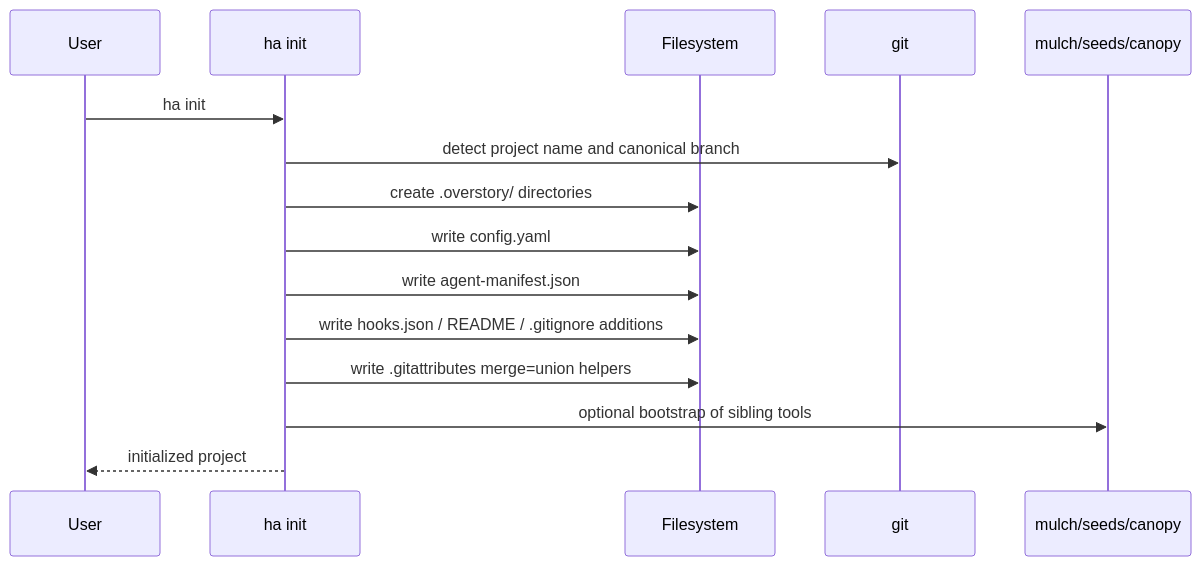
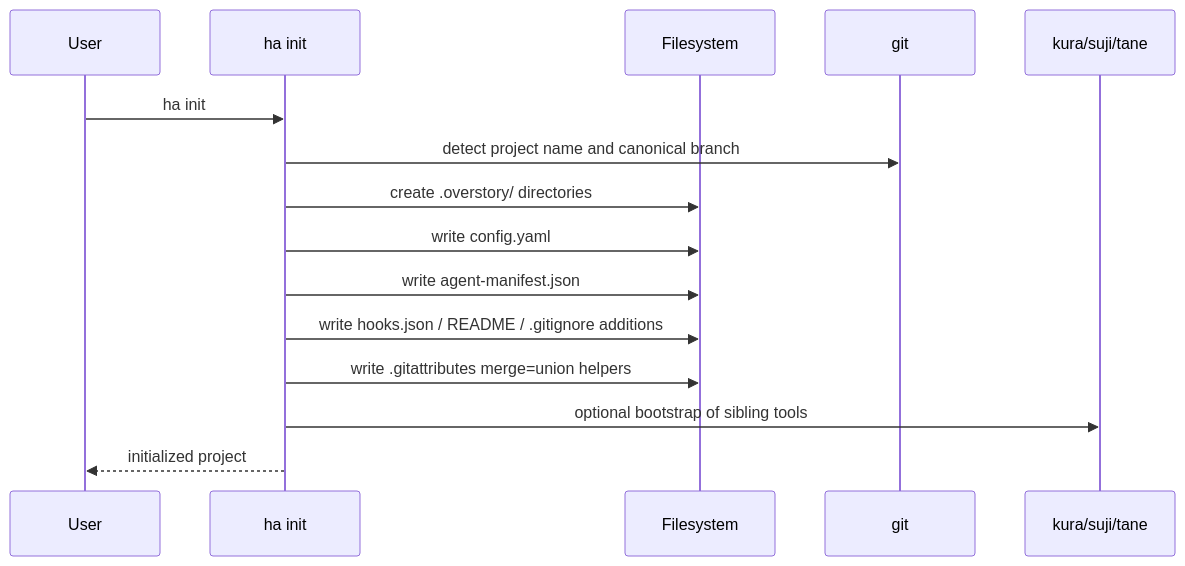
The first of 9 diagrams in docs/architecture/workflows.md (liker0704/haru), drawn with Mermaid before and after one commit. The commit also changed other lines of this file and 33 other files, not shown here.

First line of the commit message:
docs(rebrand): Overstory→Haru, mulch→kura, seeds→suji, canopy→tane

````diff
--- a/docs/architecture/workflows.md
+++ b/docs/architecture/workflows.md
@@ -36,18 +36,18 @@
 ```mermaid
 sequenceDiagram
     participant User
     participant Init as ha init
     participant FS as Filesystem
     participant Git as git
-    participant Tools as mulch/seeds/canopy
+    participant Tools as kura/suji/tane
 
     User->>Init: ha init
     Init->>Git: detect project name and canonical branch
     Init->>FS: create .overstory/ directories
     Init->>FS: write config.yaml
     Init->>FS: write agent-manifest.json
     Init->>FS: write hooks.json / README / .gitignore additions
     Init->>FS: write .gitattributes merge=union helpers
     Init->>Tools: optional bootstrap of sibling tools
     Init-->>User: initialized project
 ```
````
